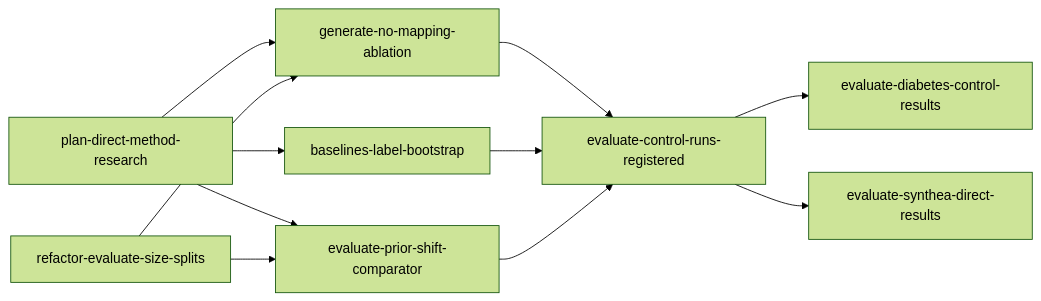
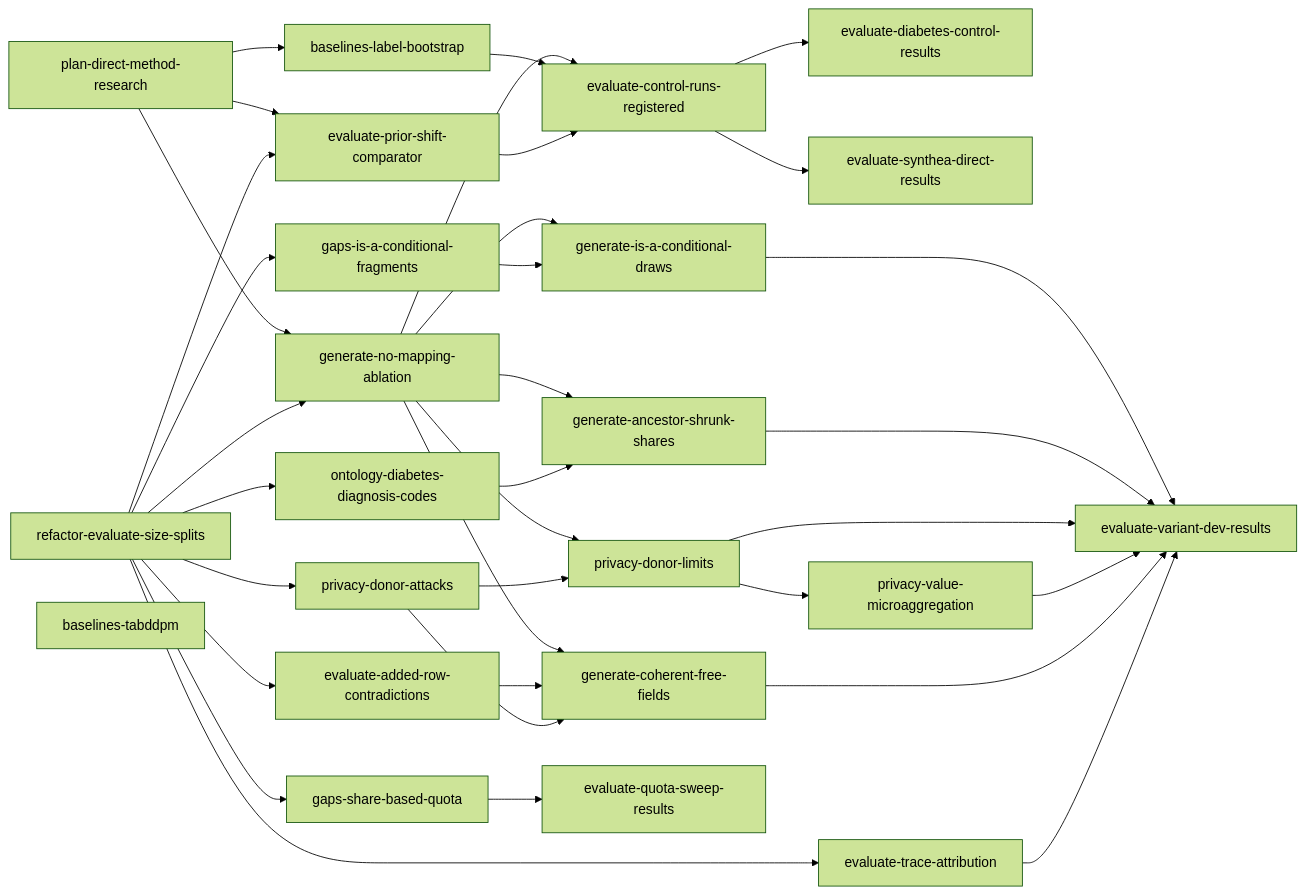
Before and after one commit to joe-dartmouth/synthetic: the diagram in tasks/direct-index.md, drawn with Mermaid (forest theme). The commit also changed other lines of this file and 17 other files, not shown here.

````diff
--- a/tasks/direct-index.md
+++ b/tasks/direct-index.md
@@ -29,13 +48,37 @@
 ```mermaid
 flowchart LR
     u1[plan-direct-method-research] --> u3[generate-no-mapping-ablation]
     u2[refactor-evaluate-size-splits] --> u3
     u1 --> u4[baselines-label-bootstrap]
     u1 --> u5[evaluate-prior-shift-comparator]
     u2 --> u5
     u3 --> u6[evaluate-control-runs-registered]
     u4 --> u6
     u5 --> u6
     u6 --> u7[evaluate-diabetes-control-results]
     u6 --> u8[evaluate-synthea-direct-results]
+    u2 --> u9[evaluate-added-row-contradictions]
+    u2 --> u10[gaps-is-a-conditional-fragments]
+    u3 --> u11[generate-is-a-conditional-draws]
+    u10 --> u11
+    u2 --> u12[ontology-diabetes-diagnosis-codes]
+    u3 --> u13[generate-ancestor-shrunk-shares]
+    u12 --> u13
+    u2 --> u14[privacy-donor-attacks]
+    u3 --> u15[privacy-donor-limits]
+    u14 --> u15
+    u15 --> u16[privacy-value-microaggregation]
+    u3 --> u17[generate-coherent-free-fields]
+    u9 --> u17
+    u14 --> u17
+    u2 --> u18[evaluate-trace-attribution]
+    u11 --> u19[evaluate-variant-dev-results]
+    u13 --> u19
+    u15 --> u19
+    u16 --> u19
+    u17 --> u19
+    u18 --> u19
+    u2 --> u20[gaps-share-based-quota]
+    u20 --> u21[evaluate-quota-sweep-results]
+    u22[baselines-tabddpm]
 ```
````
